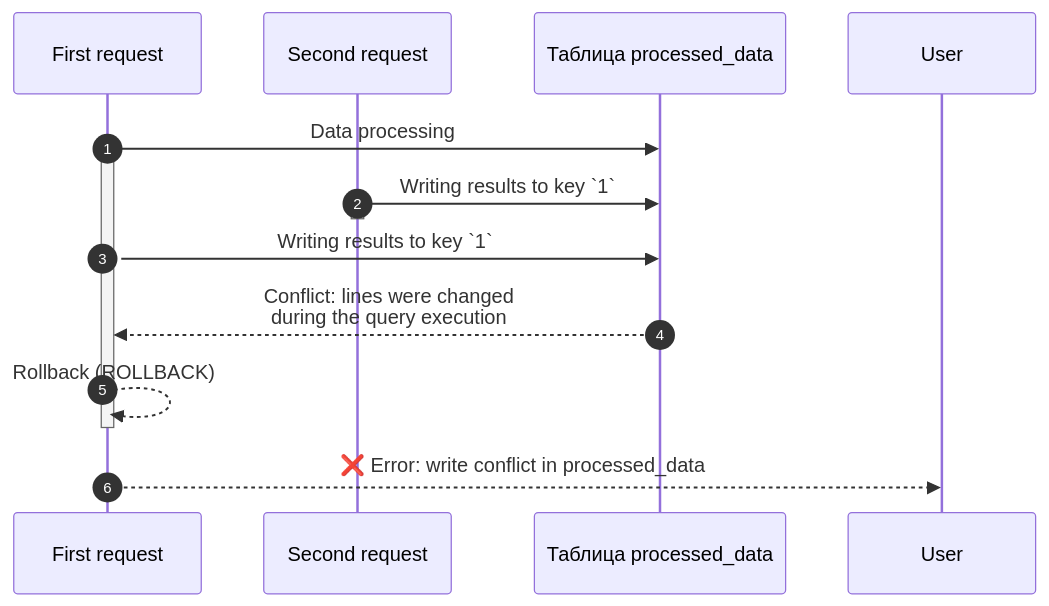
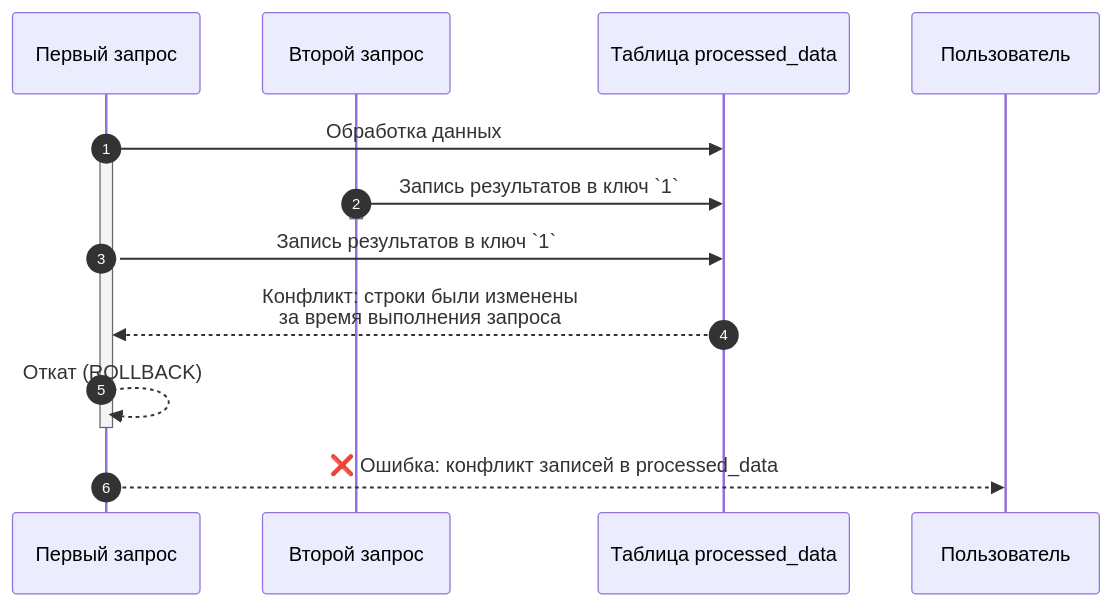
The first of 2 diagrams in ydb/docs/en/core/analyst/limitations.md (ydb-platform/ydb), drawn with Mermaid before and after one commit. The commit also changed other lines of this file and 13 other files, not shown here.

````diff
--- a/ydb/docs/en/core/analyst/limitations.md
+++ b/ydb/docs/en/core/analyst/limitations.md
@@ -25,21 +25,21 @@
 ```mermaid
 sequenceDiagram
   autonumber
-  participant J1 as First request
-  participant J2 as Second request
+  participant J1 as Первый запрос
+  participant J2 as Второй запрос
   participant P as Таблица processed_data
-  participant U as User
+  participant U as Пользователь
 
-  J1->>P: Data processing
+  J1->>P: Обработка данных
   activate J1
 
-  J2->>P: Writing results to key `1`
+  J2->>P: Запись результатов в ключ `1`
   activate J2
   deactivate J2
 
-  J1->>P: Writing results to key `1`
-  P-->>J1: Conflict: lines were changed <br> during the query execution
-  J1-->>J1: Rollback (ROLLBACK)
+  J1->>P: Запись результатов в ключ `1`
+  P-->>J1: Конфликт: строки были изменены <br> за время выполнения запроса
+  J1-->>J1: Откат (ROLLBACK)
   deactivate J1
-  J1-->>U: ❌ Error: write conflict in processed_data
+  J1-->>U: ❌ Ошибка: конфликт записей в processed_data
 ```
````
